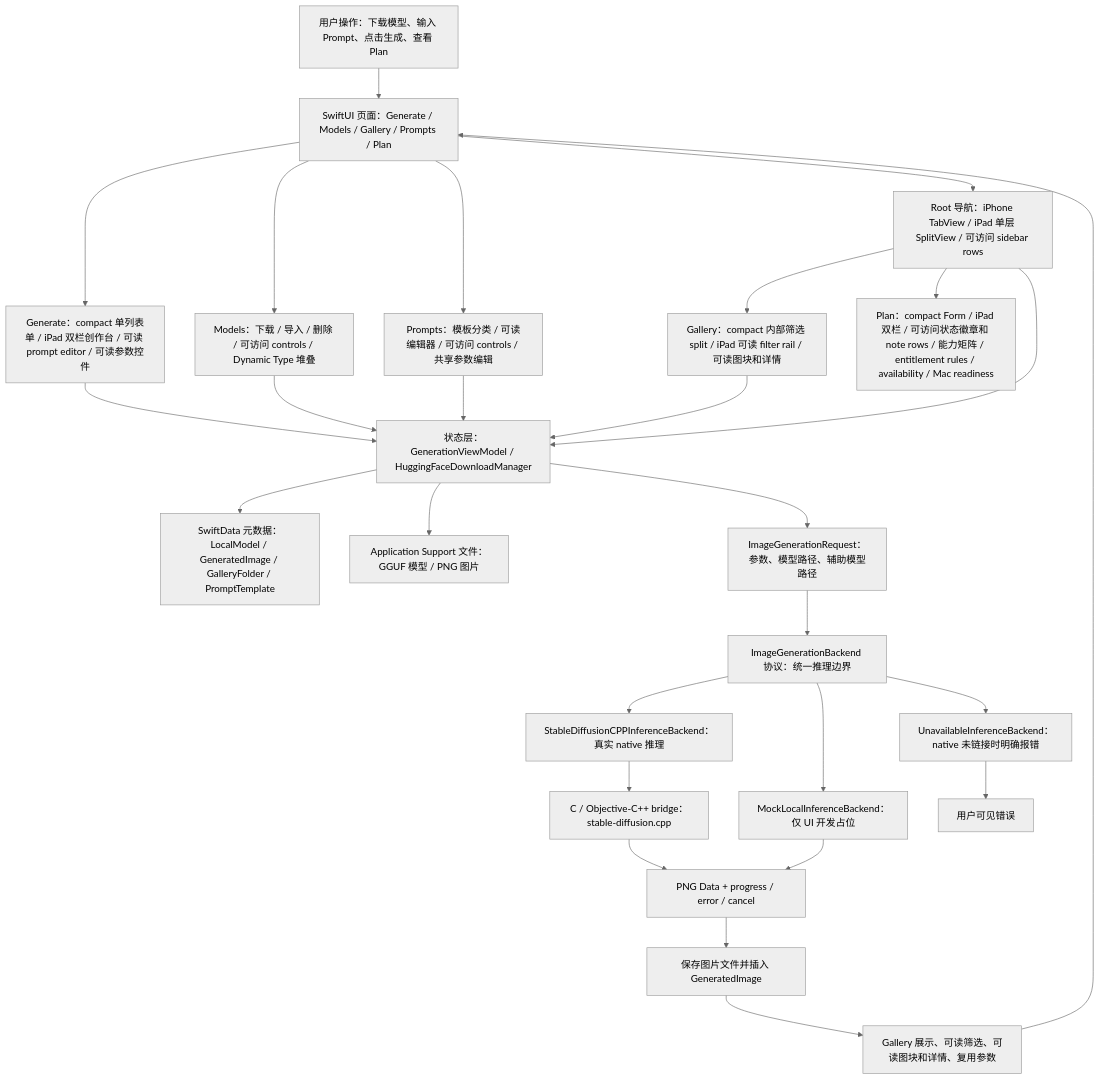
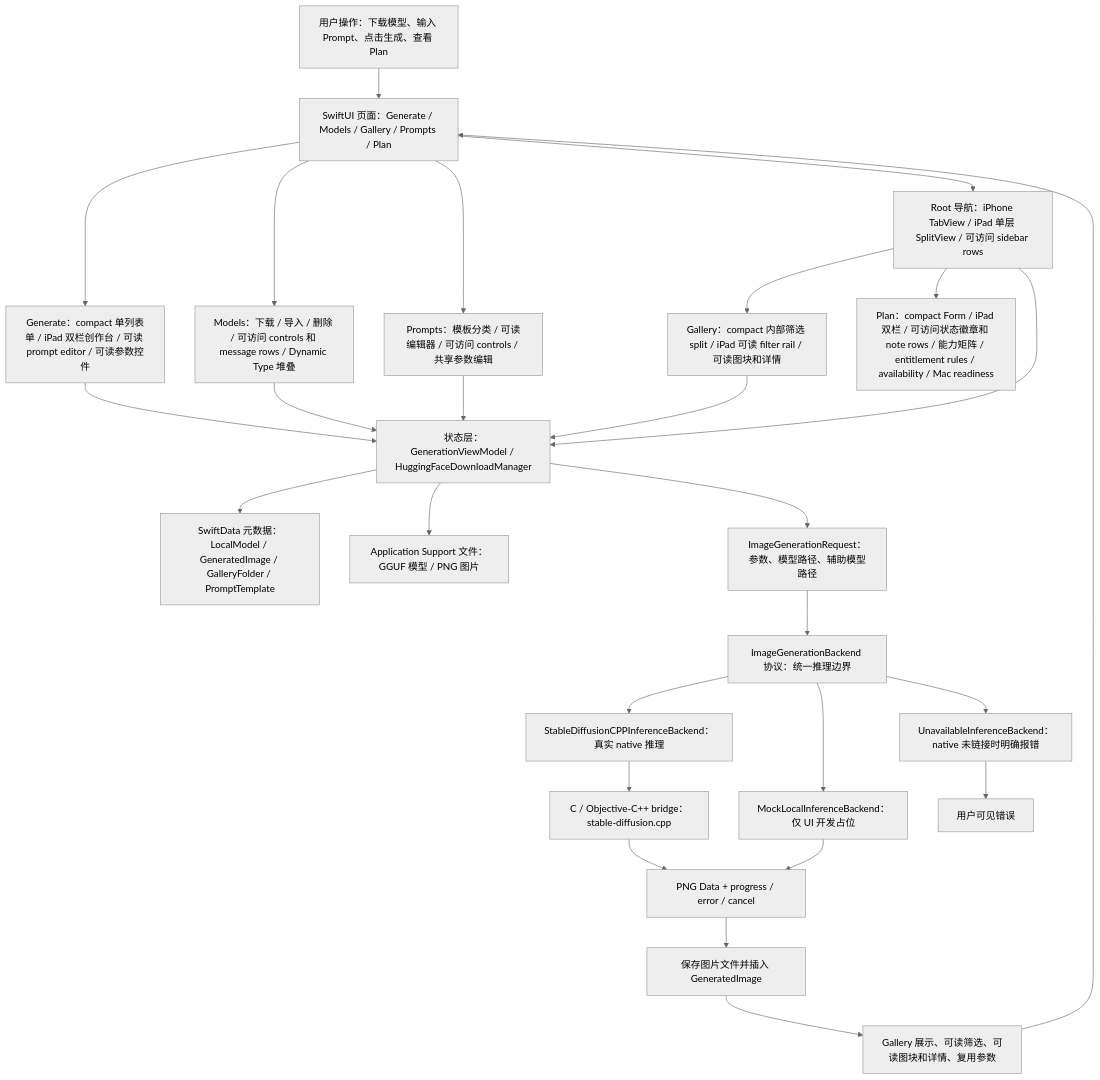
The first of 7 diagrams in md/flow/flowchart.md (Altman-sam114/118), drawn with Mermaid (neutral theme) before and after one commit. The commit also changed 5 other files, not shown here.

First line of the commit message:
v1.22: Models message accessibility

````diff
--- a/md/flow/flowchart.md
+++ b/md/flow/flowchart.md
@@ -9,29 +9,29 @@
 ```mermaid
 flowchart TD
   U["用户操作：下载模型、输入 Prompt、点击生成、查看 Plan"] --> UI["SwiftUI 页面：Generate / Models / Gallery / Prompts / Plan"]
   UI --> GENUI["Generate：compact 单列表单 / iPad 双栏创作台 / 可读 prompt editor / 可读参数控件"]
-  UI --> MODELUI["Models：下载 / 导入 / 删除 / 可访问 controls / Dynamic Type 堆叠"]
+  UI --> MODELUI["Models：下载 / 导入 / 删除 / 可访问 controls 和 message rows / Dynamic Type 堆叠"]
   UI --> PROMPTUI["Prompts：模板分类 / 可读编辑器 / 可访问 controls / 共享参数编辑"]
   UI --> NAV["Root 导航：iPhone TabView / iPad 单层 SplitView / 可访问 sidebar rows"]
   NAV --> GALUI["Gallery：compact 内部筛选 split / iPad 可读 filter rail / 可读图块和详情"]
   NAV --> PLANUI["Plan：compact Form / iPad 双栏 / 可访问状态徽章和 note rows / 能力矩阵 / entitlement rules / availability / Mac readiness"]
   NAV --> VM["状态层：GenerationViewModel / HuggingFaceDownloadManager"]
   GENUI --> VM
   MODELUI --> VM
   PROMPTUI --> VM
   GALUI --> VM
   VM --> SD["SwiftData 元数据：LocalModel / GeneratedImage / GalleryFolder / PromptTemplate"]
   VM --> FS["Application Support 文件：GGUF 模型 / PNG 图片"]
   VM --> REQ["ImageGenerationRequest：参数、模型路径、辅助模型路径"]
   REQ --> IFACE["ImageGenerationBackend 协议：统一推理边界"]
   IFACE --> NATIVE["StableDiffusionCPPInferenceBackend：真实 native 推理"]
   IFACE --> MOCK["MockLocalInferenceBackend：仅 UI 开发占位"]
   IFACE --> OFF["UnavailableInferenceBackend：native 未链接时明确报错"]
   NATIVE --> BRIDGE["C / Objective-C++ bridge：stable-diffusion.cpp"]
   BRIDGE --> PNG["PNG Data + progress / error / cancel"]
   MOCK --> PNG
   OFF --> ERR["用户可见错误"]
   PNG --> SAVE["保存图片文件并插入 GeneratedImage"]
   SAVE --> GALLERY["Gallery 展示、可读筛选、可读图块和详情、复用参数"]
   GALLERY --> UI
 ```
````
